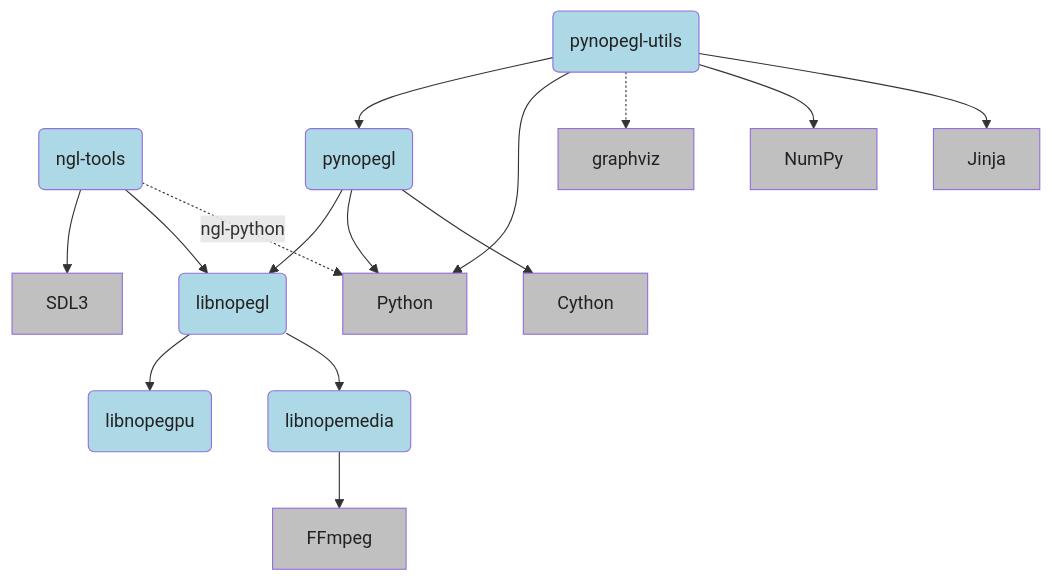
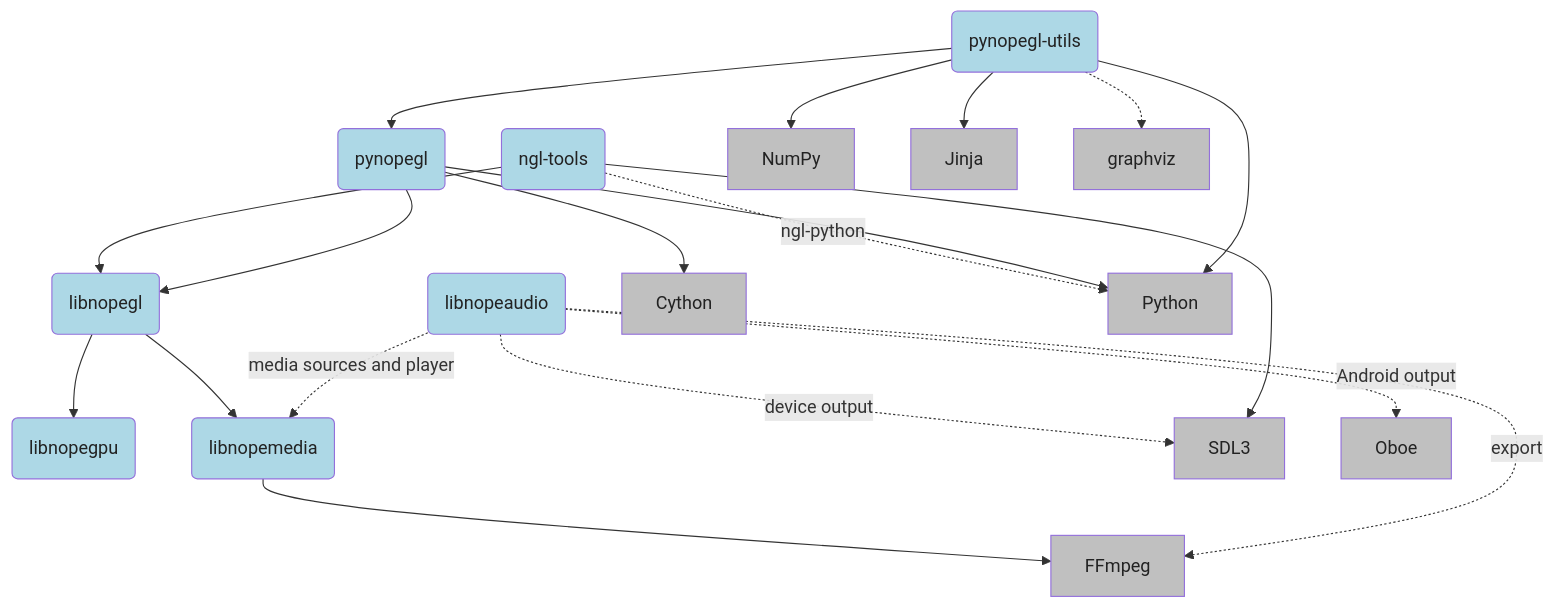
Before and after one commit to mbouron/nope.gl: the diagram in doc/dev/ref/architecture.md, drawn with Mermaid. The commit also changed other lines of this file and 57 other files, not shown here.

````diff
--- a/doc/dev/ref/architecture.md
+++ b/doc/dev/ref/architecture.md
@@ -30,36 +34,42 @@
 ```{mermaid}
 graph
     libnopegl(libnopegl)
     libnopegpu(libnopegpu)
     libnopemedia(libnopemedia)
+    libnopeaudio(libnopeaudio)
     ngl_tools(ngl-tools)
     pynopegl(pynopegl)
     pynopegl_utils(pynopegl-utils)
 
     cython[Cython]
     ffmpeg[FFmpeg]
     python[Python]
     sdl3[SDL3]
+    oboe[Oboe]
     numpy[NumPy]
     jinja[Jinja]
 
     libnopemedia --> ffmpeg
     libnopegl --> libnopegpu
     libnopegl --> libnopemedia
+    libnopeaudio -. media sources and player .-> libnopemedia
+    libnopeaudio -. export .-> ffmpeg
+    libnopeaudio -. device output .-> sdl3
+    libnopeaudio -. Android output .-> oboe
     ngl_tools --> sdl3
     ngl_tools --> libnopegl
     ngl_tools -. ngl-python .-> python
     pynopegl --> libnopegl
     pynopegl --> python
     pynopegl --> cython
     pynopegl_utils --> pynopegl
     pynopegl_utils --> python
     pynopegl_utils -.-> graphviz
     pynopegl_utils --> numpy
     pynopegl_utils --> jinja
 
     classDef ngldep fill:#add8e6,color:#222
     classDef extdep fill:#c0c0c0,color:#222
-    class libnopegl,libnopegpu,libnopemedia,ngl_tools,pynopegl,pynopegl_utils ngldep
-    class ffmpeg,sdl3,python,cython,graphviz,numpy,jinja extdep
+    class libnopegl,libnopegpu,libnopemedia,libnopeaudio,ngl_tools,pynopegl,pynopegl_utils ngldep
+    class ffmpeg,sdl3,oboe,python,cython,graphviz,numpy,jinja extdep
 ```
````
